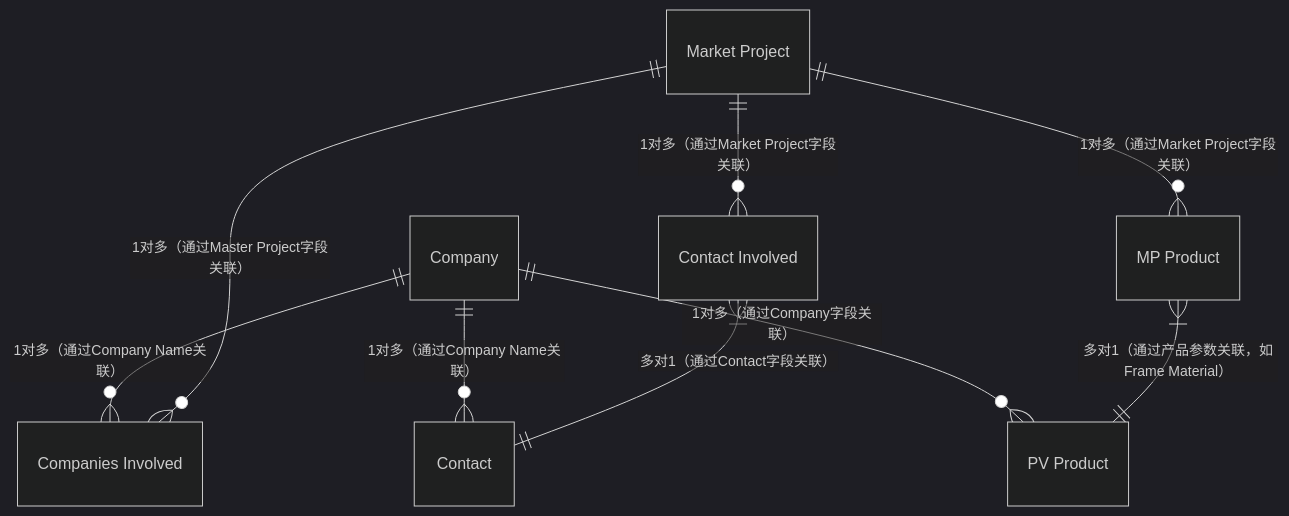
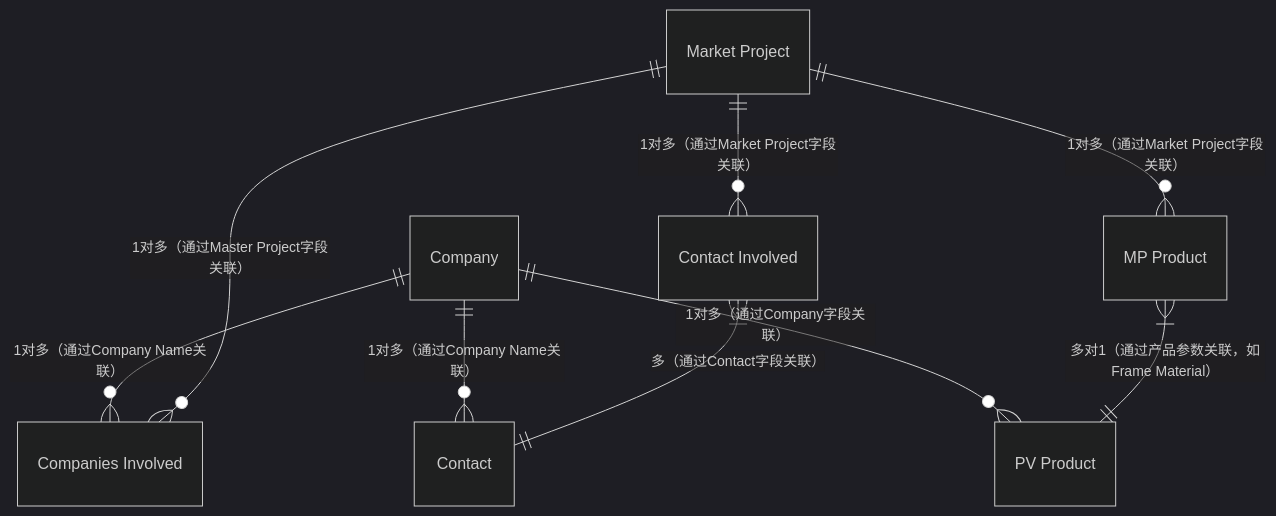
Before and after one commit to zhangziru-33/iodraw-files: the diagram in all/未命名.md, drawn with Mermaid (dark theme).

Commit message:
2025-12-04 13:44:03 update

````diff
--- a/all/未命名.md
+++ b/all/未命名.md
@@ -1,11 +1,11 @@
 ```mermaid
 erDiagram
     Company ||--o{ "Companies Involved" : "1对多（通过Company Name关联）"
     Company ||--o{ "PV Product" : "1对多（通过Company字段关联）"
     Company ||--o{ "Contact" : "1对多（通过Company Name关联）"
     "Market Project" ||--o{ "Companies Involved" : "1对多（通过Master Project字段关联）"
     "Market Project" ||--o{ "Contact Involved" : "1对多（通过Market Project字段关联）"
     "Market Project" ||--o{ "MP Product" : "1对多（通过Market Project字段关联）"
     "MP Product" }|--|| "PV Product" : "多对1（通过产品参数关联，如Frame Material）"
-    "Contact Involved" }|--|| "Contact" : "多对1（通过Contact字段关联）"
+    "Contact Involved" }|--|| "Contact" : "多（通过Contact字段关联）"
 ```
````
